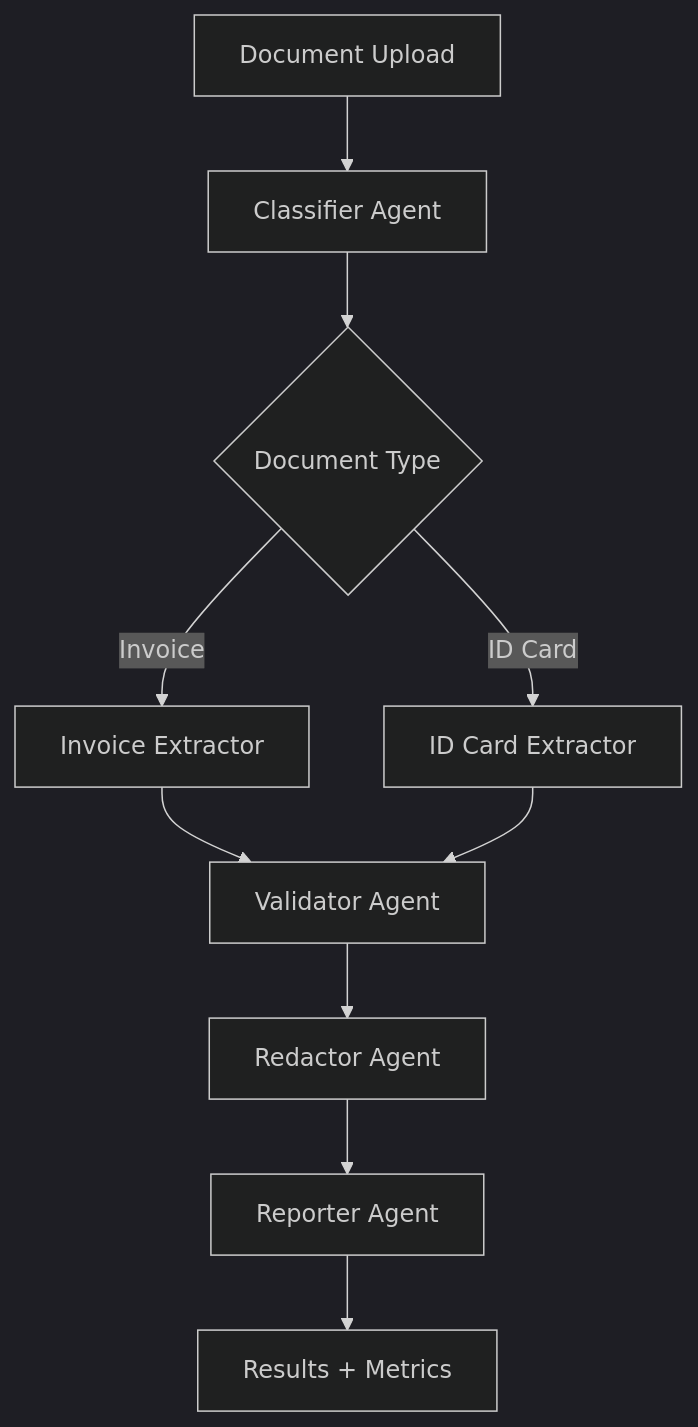
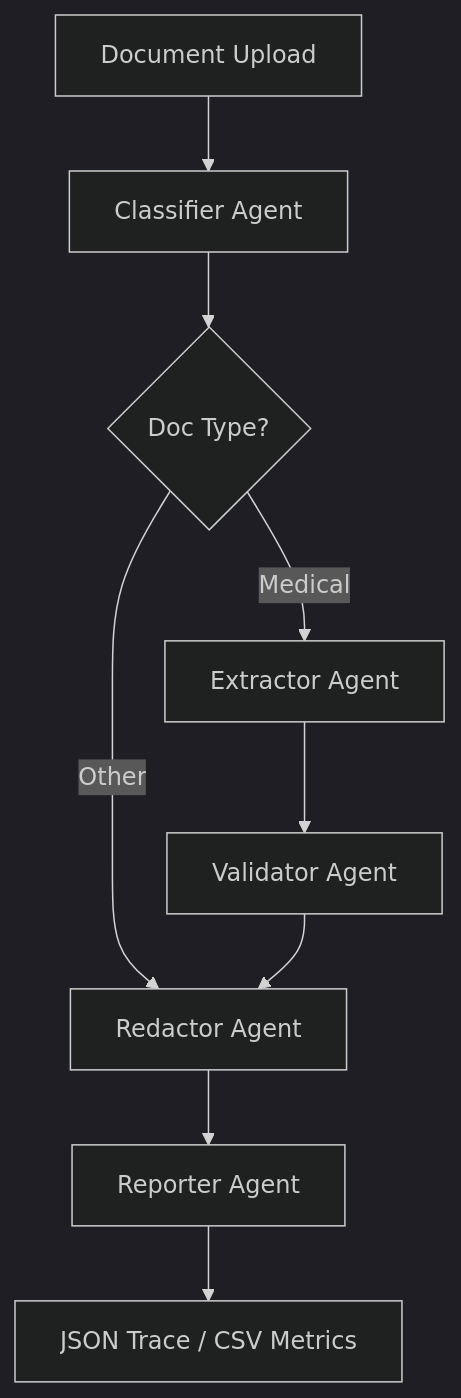
Before and after one commit to sushantmutta/newdocprocessor: the diagram in README.md, drawn with Mermaid (dark theme). The commit also changed other lines of this file and 7 other files, not shown here.

Commit message:
Prototype 2 compliance updates: bedrock fallbacks, PII trace fixes, and medical validation logic

````diff
--- a/README.md
+++ b/README.md
@@ -62,12 +38,11 @@
 ```mermaid
 graph TD
     A[Document Upload] --> B[Classifier Agent]
-    B --> C{Document Type}
-    C -->|Invoice| D[Invoice Extractor]
-    C -->|ID Card| E[ID Card Extractor]
+    B --> C{Doc Type?}
+    C -->|Medical| D[Extractor Agent]
+    C -->|Other| E[Redactor Agent]
     D --> F[Validator Agent]
-    E --> F
-    F --> G[Redactor Agent]
-    G --> H[Reporter Agent]
-    H --> I[Results + Metrics]
+    F --> E
+    E --> G[Reporter Agent]
+    G --> H[JSON Trace / CSV Metrics]
 ```
````
